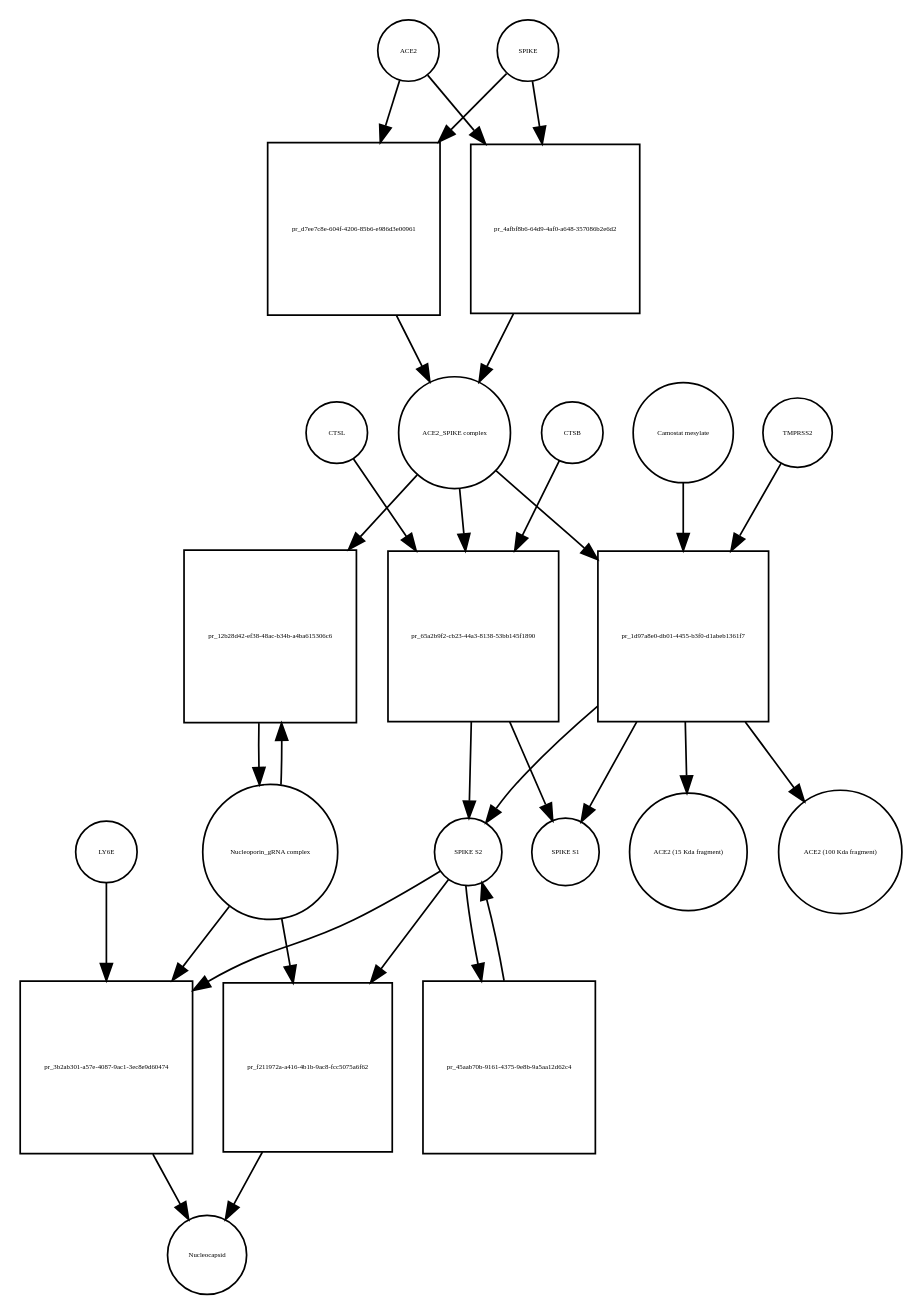
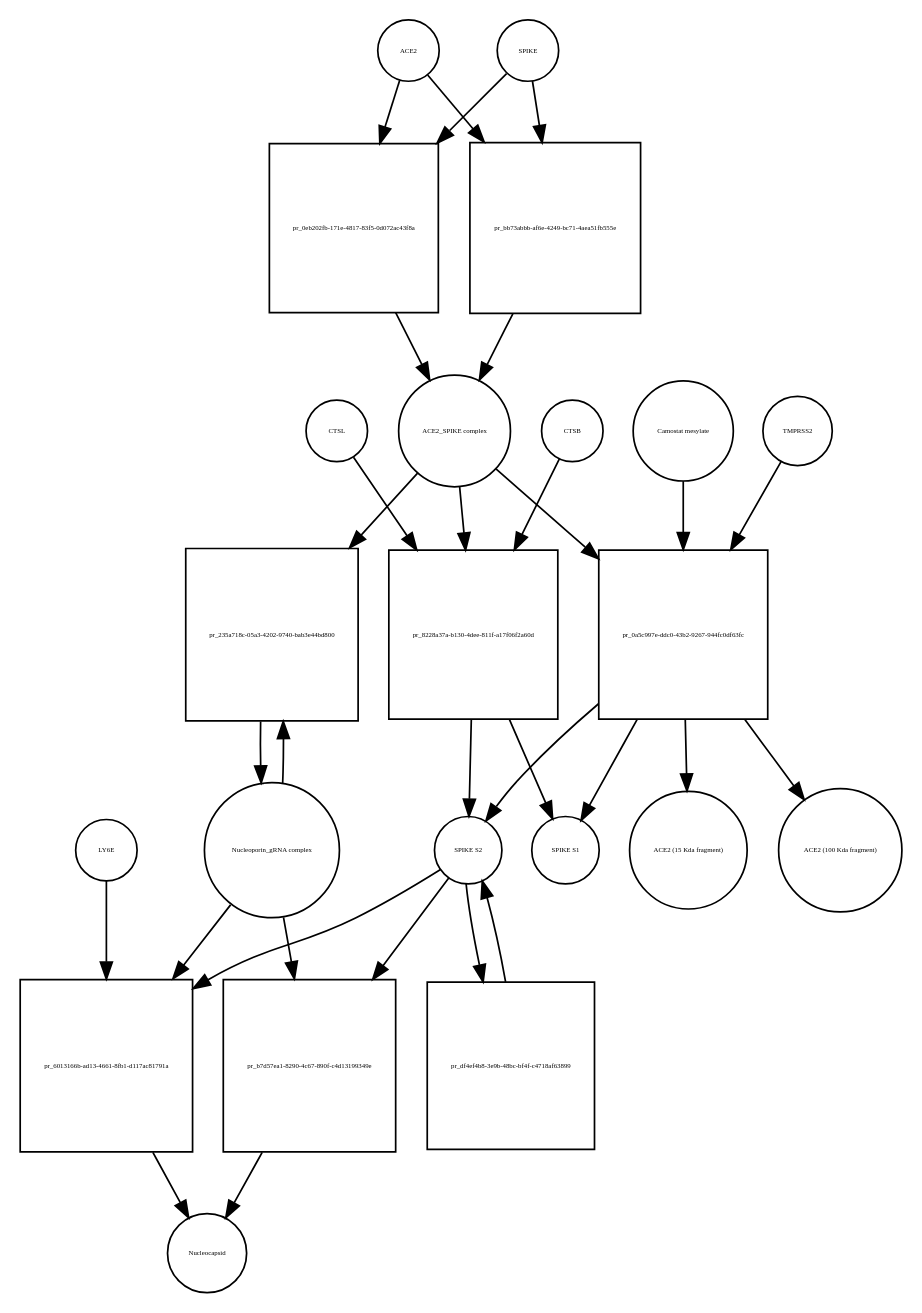
The diagram in Virus_replication_cycle_V02.xml_bipartite.dot (cannin/covid19-sbgn), drawn with Graphviz before and after one commit. The commit also changed 572 other files, not shown here.

```diff
--- a/Virus_replication_cycle_V02.xml_bipartite.dot
+++ b/Virus_replication_cycle_V02.xml_bipartite.dot
@@ -1,54 +1,54 @@
 strict digraph  {
 ACE2 [annotation="", bipartite=0, cls=macromolecule, fontsize=4, label=ACE2, shape=circle];
-"pr_d7ee7c8e-604f-4206-85b6-e986d3e00961" [annotation="", bipartite=1, cls=process, fontsize=4, label="pr_d7ee7c8e-604f-4206-85b6-e986d3e00961", shape=square];
+"pr_0eb202fb-171e-4817-83f5-0d072ac43f8a" [annotation="", bipartite=1, cls=process, fontsize=4, label="pr_0eb202fb-171e-4817-83f5-0d072ac43f8a", shape=square];
 "ACE2_SPIKE complex" [annotation="", bipartite=0, cls=complex, fontsize=4, label="ACE2_SPIKE complex", shape=circle];
 SPIKE [annotation="", bipartite=0, cls="macromolecule multimer", fontsize=4, label=SPIKE, shape=circle];
 "Nucleoporin_gRNA complex " [annotation="", bipartite=0, cls=complex, fontsize=4, label="Nucleoporin_gRNA complex ", shape=circle];
-"pr_12b28d42-ef38-48ac-b34b-a4ba615306c6" [annotation="", bipartite=1, cls=process, fontsize=4, label="pr_12b28d42-ef38-48ac-b34b-a4ba615306c6", shape=square];
-"pr_65a2b9f2-cb23-44a3-8138-53bb145f1890" [annotation="", bipartite=1, cls=process, fontsize=4, label="pr_65a2b9f2-cb23-44a3-8138-53bb145f1890", shape=square];
+"pr_235a718c-05a3-4202-9740-bab3e44bd800" [annotation="", bipartite=1, cls=process, fontsize=4, label="pr_235a718c-05a3-4202-9740-bab3e44bd800", shape=square];
+"pr_8228a37a-b130-4dee-811f-a17f06f2a60d" [annotation="", bipartite=1, cls=process, fontsize=4, label="pr_8228a37a-b130-4dee-811f-a17f06f2a60d", shape=square];
 "SPIKE S2" [annotation="", bipartite=0, cls=macromolecule, fontsize=4, label="SPIKE S2", shape=circle];
 CTSB [annotation="", bipartite=0, cls=macromolecule, fontsize=4, label=CTSB, shape=circle];
 CTSL [annotation="", bipartite=0, cls=macromolecule, fontsize=4, label=CTSL, shape=circle];
 "SPIKE S1" [annotation="", bipartite=0, cls=macromolecule, fontsize=4, label="SPIKE S1", shape=circle];
-"pr_1d97a8e0-db01-4455-b3f0-d1abeb1361f7" [annotation="", bipartite=1, cls=process, fontsize=4, label="pr_1d97a8e0-db01-4455-b3f0-d1abeb1361f7", shape=square];
+"pr_0a5c997e-ddc0-43b2-9267-944fc0df63fc" [annotation="", bipartite=1, cls=process, fontsize=4, label="pr_0a5c997e-ddc0-43b2-9267-944fc0df63fc", shape=square];
 TMPRSS2 [annotation="", bipartite=0, cls=macromolecule, fontsize=4, label=TMPRSS2, shape=circle];
 "Camostat mesylate" [annotation="urn_miriam_pubchem.compound_2536", bipartite=0, cls="simple chemical", fontsize=4, label="Camostat mesylate", shape=circle];
 "ACE2 (15 Kda fragment)" [annotation="", bipartite=0, cls=macromolecule, fontsize=4, label="ACE2 (15 Kda fragment)", shape=circle];
 "ACE2 (100 Kda fragment)" [annotation="", bipartite=0, cls=macromolecule, fontsize=4, label="ACE2 (100 Kda fragment)", shape=circle];
-"pr_4afbf8b6-64d9-4af0-a648-357086b2e6d2" [annotation="", bipartite=1, cls=process, fontsize=4, label="pr_4afbf8b6-64d9-4af0-a648-357086b2e6d2", shape=square];
-"pr_3b2ab301-a57e-4087-9ac1-3ec8e9d60474" [annotation="", bipartite=1, cls=process, fontsize=4, label="pr_3b2ab301-a57e-4087-9ac1-3ec8e9d60474", shape=square];
+"pr_bb73abbb-af6e-4249-bc71-4aea51fb555e" [annotation="", bipartite=1, cls=process, fontsize=4, label="pr_bb73abbb-af6e-4249-bc71-4aea51fb555e", shape=square];
+"pr_6013166b-ad13-4661-8fb1-d117ac81791a" [annotation="", bipartite=1, cls=process, fontsize=4, label="pr_6013166b-ad13-4661-8fb1-d117ac81791a", shape=square];
 Nucleocapsid [annotation="", bipartite=0, cls=complex, fontsize=4, label=Nucleocapsid, shape=circle];
 LY6E [annotation="", bipartite=0, cls=macromolecule, fontsize=4, label=LY6E, shape=circle];
-"pr_45aab70b-9161-4375-9e8b-9a5aa12d62c4" [annotation="", bipartite=1, cls=process, fontsize=4, label="pr_45aab70b-9161-4375-9e8b-9a5aa12d62c4", shape=square];
-"pr_f211972a-a416-4b1b-9ac8-fcc5075a6f62" [annotation="", bipartite=1, cls=process, fontsize=4, label="pr_f211972a-a416-4b1b-9ac8-fcc5075a6f62", shape=square];
-ACE2 -> "pr_d7ee7c8e-604f-4206-85b6-e986d3e00961"  [annotation="", interaction_type=consumption];
-ACE2 -> "pr_4afbf8b6-64d9-4af0-a648-357086b2e6d2"  [annotation="", interaction_type=consumption];
-"pr_d7ee7c8e-604f-4206-85b6-e986d3e00961" -> "ACE2_SPIKE complex"  [annotation="", interaction_type=production];
-"ACE2_SPIKE complex" -> "pr_12b28d42-ef38-48ac-b34b-a4ba615306c6"  [annotation="urn_miriam_pubmed_32142651|urn_miriam_pubmed_32094589", interaction_type=stimulation];
-"ACE2_SPIKE complex" -> "pr_65a2b9f2-cb23-44a3-8138-53bb145f1890"  [annotation="", interaction_type=consumption];
-"ACE2_SPIKE complex" -> "pr_1d97a8e0-db01-4455-b3f0-d1abeb1361f7"  [annotation="", interaction_type=consumption];
-SPIKE -> "pr_d7ee7c8e-604f-4206-85b6-e986d3e00961"  [annotation="", interaction_type=consumption];
-SPIKE -> "pr_4afbf8b6-64d9-4af0-a648-357086b2e6d2"  [annotation="", interaction_type=consumption];
-"Nucleoporin_gRNA complex " -> "pr_12b28d42-ef38-48ac-b34b-a4ba615306c6"  [annotation="", interaction_type=consumption];
-"Nucleoporin_gRNA complex " -> "pr_3b2ab301-a57e-4087-9ac1-3ec8e9d60474"  [annotation="", interaction_type=consumption];
-"Nucleoporin_gRNA complex " -> "pr_f211972a-a416-4b1b-9ac8-fcc5075a6f62"  [annotation="", interaction_type=consumption];
-"pr_12b28d42-ef38-48ac-b34b-a4ba615306c6" -> "Nucleoporin_gRNA complex "  [annotation="", interaction_type=production];
-"pr_65a2b9f2-cb23-44a3-8138-53bb145f1890" -> "SPIKE S2"  [annotation="", interaction_type=production];
-"pr_65a2b9f2-cb23-44a3-8138-53bb145f1890" -> "SPIKE S1"  [annotation="", interaction_type=production];
-"SPIKE S2" -> "pr_3b2ab301-a57e-4087-9ac1-3ec8e9d60474"  [annotation="urn_miriam_doi_10.1101%2F2020.03.05.979260|urn_miriam_doi_10.1101%2F2020.04.02.021469", interaction_type=stimulation];
-"SPIKE S2" -> "pr_45aab70b-9161-4375-9e8b-9a5aa12d62c4"  [annotation="", interaction_type=consumption];
-"SPIKE S2" -> "pr_f211972a-a416-4b1b-9ac8-fcc5075a6f62"  [annotation="", interaction_type=stimulation];
-CTSB -> "pr_65a2b9f2-cb23-44a3-8138-53bb145f1890"  [annotation=urn_miriam_pubmed_32142651, interaction_type=catalysis];
-CTSL -> "pr_65a2b9f2-cb23-44a3-8138-53bb145f1890"  [annotation=urn_miriam_pubmed_32142651, interaction_type=catalysis];
-"pr_1d97a8e0-db01-4455-b3f0-d1abeb1361f7" -> "SPIKE S2"  [annotation="", interaction_type=production];
-"pr_1d97a8e0-db01-4455-b3f0-d1abeb1361f7" -> "SPIKE S1"  [annotation="", interaction_type=production];
-"pr_1d97a8e0-db01-4455-b3f0-d1abeb1361f7" -> "ACE2 (15 Kda fragment)"  [annotation="", interaction_type=production];
-"pr_1d97a8e0-db01-4455-b3f0-d1abeb1361f7" -> "ACE2 (100 Kda fragment)"  [annotation="", interaction_type=production];
-TMPRSS2 -> "pr_1d97a8e0-db01-4455-b3f0-d1abeb1361f7"  [annotation="urn_miriam_pubmed_32142651|urn_miriam_pubmed_32094589|urn_miriam_pubmed_24227843", interaction_type=catalysis];
-"Camostat mesylate" -> "pr_1d97a8e0-db01-4455-b3f0-d1abeb1361f7"  [annotation="urn_miriam_pubmed_32142651|urn_miriam_pubmed_32094589|urn_miriam_pubmed_24227843", interaction_type=inhibition];
-"pr_4afbf8b6-64d9-4af0-a648-357086b2e6d2" -> "ACE2_SPIKE complex"  [annotation="", interaction_type=production];
-"pr_3b2ab301-a57e-4087-9ac1-3ec8e9d60474" -> Nucleocapsid  [annotation="", interaction_type=production];
-LY6E -> "pr_3b2ab301-a57e-4087-9ac1-3ec8e9d60474"  [annotation="urn_miriam_doi_10.1101%2F2020.03.05.979260|urn_miriam_doi_10.1101%2F2020.04.02.021469", interaction_type=inhibition];
-"pr_45aab70b-9161-4375-9e8b-9a5aa12d62c4" -> "SPIKE S2"  [annotation="", interaction_type=production];
-"pr_f211972a-a416-4b1b-9ac8-fcc5075a6f62" -> Nucleocapsid  [annotation="", interaction_type=production];
+"pr_df4ef4b8-3e9b-48bc-bf4f-c4718af63899" [annotation="", bipartite=1, cls=process, fontsize=4, label="pr_df4ef4b8-3e9b-48bc-bf4f-c4718af63899", shape=square];
+"pr_b7d57ea1-8290-4c67-890f-c4d13199349e" [annotation="", bipartite=1, cls=process, fontsize=4, label="pr_b7d57ea1-8290-4c67-890f-c4d13199349e", shape=square];
+ACE2 -> "pr_0eb202fb-171e-4817-83f5-0d072ac43f8a"  [annotation="", interaction_type=consumption];
+ACE2 -> "pr_bb73abbb-af6e-4249-bc71-4aea51fb555e"  [annotation="", interaction_type=consumption];
+"pr_0eb202fb-171e-4817-83f5-0d072ac43f8a" -> "ACE2_SPIKE complex"  [annotation="", interaction_type=production];
+"ACE2_SPIKE complex" -> "pr_235a718c-05a3-4202-9740-bab3e44bd800"  [annotation="urn_miriam_pubmed_32142651|urn_miriam_pubmed_32094589", interaction_type=stimulation];
+"ACE2_SPIKE complex" -> "pr_8228a37a-b130-4dee-811f-a17f06f2a60d"  [annotation="", interaction_type=consumption];
+"ACE2_SPIKE complex" -> "pr_0a5c997e-ddc0-43b2-9267-944fc0df63fc"  [annotation="", interaction_type=consumption];
+SPIKE -> "pr_0eb202fb-171e-4817-83f5-0d072ac43f8a"  [annotation="", interaction_type=consumption];
+SPIKE -> "pr_bb73abbb-af6e-4249-bc71-4aea51fb555e"  [annotation="", interaction_type=consumption];
+"Nucleoporin_gRNA complex " -> "pr_235a718c-05a3-4202-9740-bab3e44bd800"  [annotation="", interaction_type=consumption];
+"Nucleoporin_gRNA complex " -> "pr_6013166b-ad13-4661-8fb1-d117ac81791a"  [annotation="", interaction_type=consumption];
+"Nucleoporin_gRNA complex " -> "pr_b7d57ea1-8290-4c67-890f-c4d13199349e"  [annotation="", interaction_type=consumption];
+"pr_235a718c-05a3-4202-9740-bab3e44bd800" -> "Nucleoporin_gRNA complex "  [annotation="", interaction_type=production];
+"pr_8228a37a-b130-4dee-811f-a17f06f2a60d" -> "SPIKE S2"  [annotation="", interaction_type=production];
+"pr_8228a37a-b130-4dee-811f-a17f06f2a60d" -> "SPIKE S1"  [annotation="", interaction_type=production];
+"SPIKE S2" -> "pr_6013166b-ad13-4661-8fb1-d117ac81791a"  [annotation="urn_miriam_doi_10.1101%2F2020.03.05.979260|urn_miriam_doi_10.1101%2F2020.04.02.021469", interaction_type=stimulation];
+"SPIKE S2" -> "pr_df4ef4b8-3e9b-48bc-bf4f-c4718af63899"  [annotation="", interaction_type=consumption];
+"SPIKE S2" -> "pr_b7d57ea1-8290-4c67-890f-c4d13199349e"  [annotation="", interaction_type=stimulation];
+CTSB -> "pr_8228a37a-b130-4dee-811f-a17f06f2a60d"  [annotation=urn_miriam_pubmed_32142651, interaction_type=catalysis];
+CTSL -> "pr_8228a37a-b130-4dee-811f-a17f06f2a60d"  [annotation=urn_miriam_pubmed_32142651, interaction_type=catalysis];
+"pr_0a5c997e-ddc0-43b2-9267-944fc0df63fc" -> "SPIKE S2"  [annotation="", interaction_type=production];
+"pr_0a5c997e-ddc0-43b2-9267-944fc0df63fc" -> "SPIKE S1"  [annotation="", interaction_type=production];
+"pr_0a5c997e-ddc0-43b2-9267-944fc0df63fc" -> "ACE2 (15 Kda fragment)"  [annotation="", interaction_type=production];
+"pr_0a5c997e-ddc0-43b2-9267-944fc0df63fc" -> "ACE2 (100 Kda fragment)"  [annotation="", interaction_type=production];
+TMPRSS2 -> "pr_0a5c997e-ddc0-43b2-9267-944fc0df63fc"  [annotation="urn_miriam_pubmed_32142651|urn_miriam_pubmed_32094589|urn_miriam_pubmed_24227843", interaction_type=catalysis];
+"Camostat mesylate" -> "pr_0a5c997e-ddc0-43b2-9267-944fc0df63fc"  [annotation="urn_miriam_pubmed_32142651|urn_miriam_pubmed_32094589|urn_miriam_pubmed_24227843", interaction_type=inhibition];
+"pr_bb73abbb-af6e-4249-bc71-4aea51fb555e" -> "ACE2_SPIKE complex"  [annotation="", interaction_type=production];
+"pr_6013166b-ad13-4661-8fb1-d117ac81791a" -> Nucleocapsid  [annotation="", interaction_type=production];
+LY6E -> "pr_6013166b-ad13-4661-8fb1-d117ac81791a"  [annotation="urn_miriam_doi_10.1101%2F2020.03.05.979260|urn_miriam_doi_10.1101%2F2020.04.02.021469", interaction_type=inhibition];
+"pr_df4ef4b8-3e9b-48bc-bf4f-c4718af63899" -> "SPIKE S2"  [annotation="", interaction_type=production];
+"pr_b7d57ea1-8290-4c67-890f-c4d13199349e" -> Nucleocapsid  [annotation="", interaction_type=production];
 }
```
